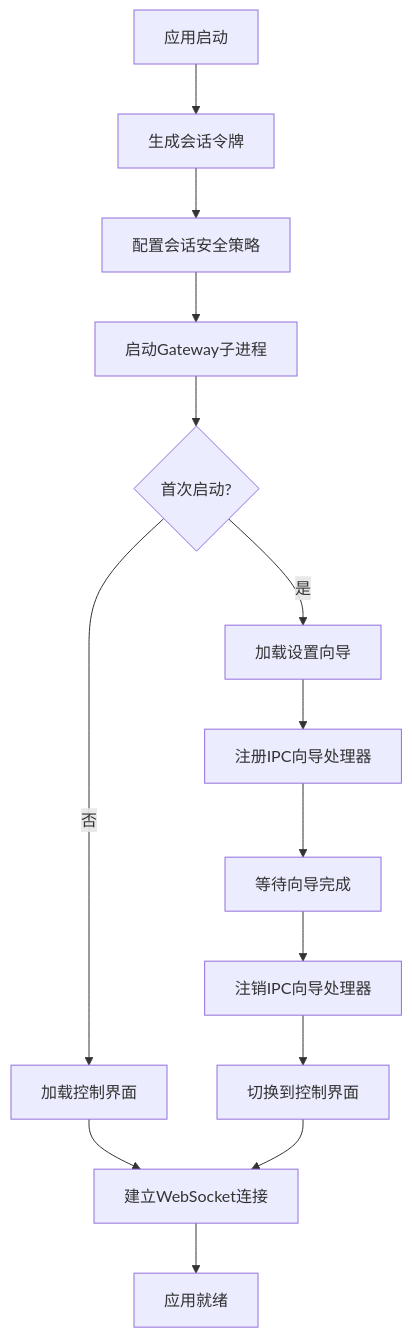
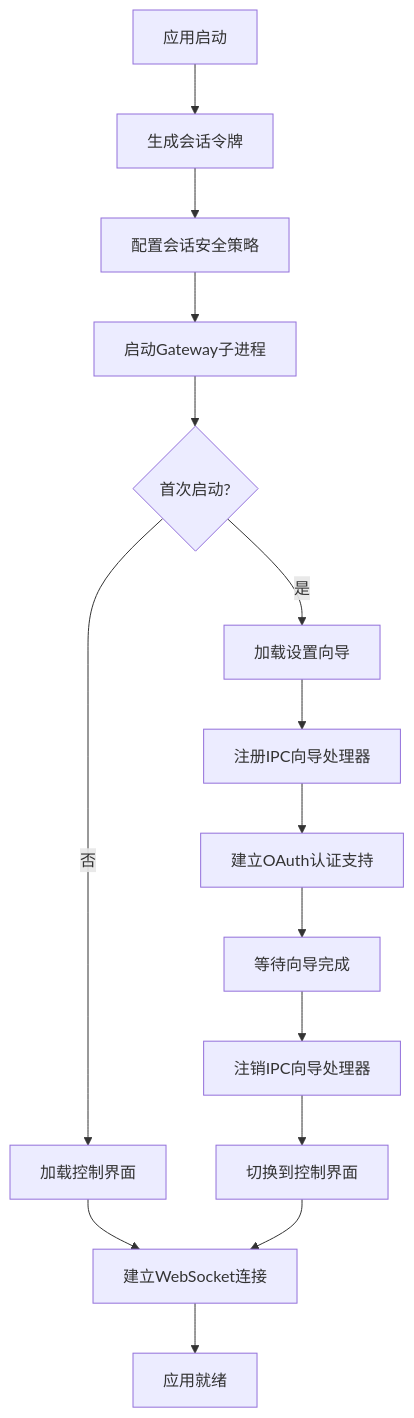
The fourth of 10 diagrams in .qoder/repowiki/zh/content/核心概念/Electron应用增强.md (verse-ai-org/openclaw), drawn with Mermaid before and after one commit. The commit also changed other lines of this file and 32 other files, not shown here.

````diff
--- a/.qoder/repowiki/zh/content/核心概念/Electron应用增强.md
+++ b/.qoder/repowiki/zh/content/核心概念/Electron应用增强.md
@@ -185,16 +238,17 @@
 ```mermaid
 flowchart TD
 A[应用启动] --> B[生成会话令牌]
 B --> C[配置会话安全策略]
 C --> D[启动Gateway子进程]
 D --> E{首次启动?}
 E --> |是| F[加载设置向导]
 E --> |否| G[加载控制界面]
 F --> H[注册IPC向导处理器]
-H --> I[等待向导完成]
-I --> J[注销IPC向导处理器]
-J --> K[切换到控制界面]
-G --> L[建立WebSocket连接]
-K --> L
-L --> M[应用就绪]
+H --> I[建立OAuth认证支持]
+I --> J[等待向导完成]
+J --> K[注销IPC向导处理器]
+K --> L[切换到控制界面]
+G --> M[建立WebSocket连接]
+L --> M
+M --> N[应用就绪]
 ```
````
